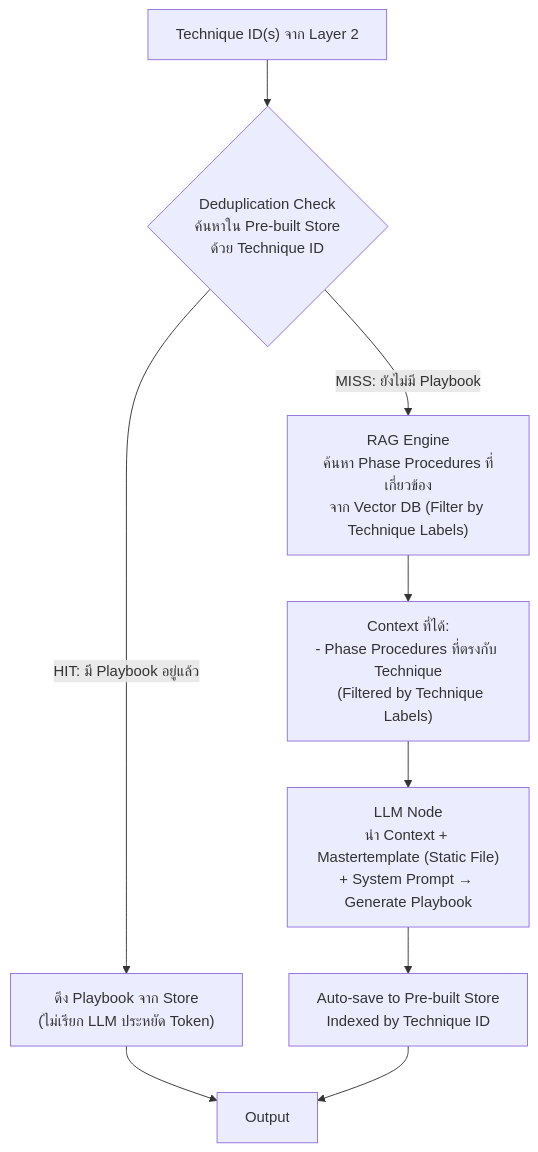
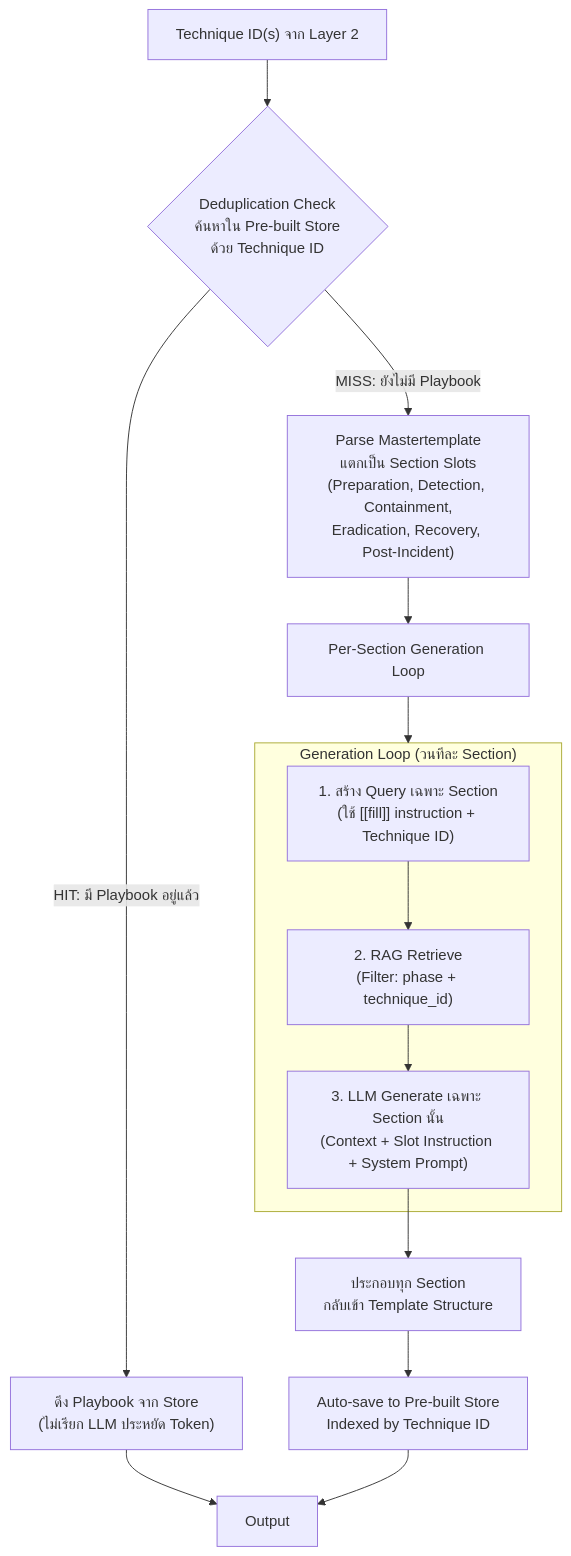
Before and after one commit to Chaithawatcer/omnissiah-playbook-workflow: the fourth of 10 diagrams in architecture.md, drawn with Mermaid. The commit also changed other lines of this file, not shown here.

Commit message:
Major architecture overhaul: Per-Section Generation Loop, Slot Architecture, Metadata-filtered RAG, Development Roadmap

````diff
--- a/architecture.md
+++ b/architecture.md
@@ -72,15 +87,25 @@
 ```mermaid
 graph TD
     tid["Technique ID(s) จาก Layer 2"]
 
     tid --> dedup{"Deduplication Check\nค้นหาใน Pre-built Store\nด้วย Technique ID"}
 
     dedup -- "HIT: มี Playbook อยู่แล้ว" --> fetch["ดึง Playbook จาก Store\n(ไม่เรียก LLM ประหยัด Token)"]
     fetch --> out["Output"]
 
-    dedup -- "MISS: ยังไม่มี Playbook" --> rag["RAG Engine\nค้นหา Phase Procedures ที่เกี่ยวข้อง\nจาก Vector DB (Filter by Technique Labels)"]
-    rag --> ctx["Context ที่ได้:\n- Phase Procedures ที่ตรงกับ Technique\n  (Filtered by Technique Labels)"]
-    ctx --> llm["LLM Node\nนำ Context + Mastertemplate (Static File)\n+ System Prompt → Generate Playbook"]
-    llm --> save["Auto-save to Pre-built Store\nIndexed by Technique ID"]
+    dedup -- "MISS: ยังไม่มี Playbook" --> parse["Parse Mastertemplate\nแตกเป็น Section Slots\n(Preparation, Detection, Containment,\nEradication, Recovery, Post-Incident)"]
+
+    parse --> loop["Per-Section Generation Loop"]
+
+    subgraph loop_detail ["Generation Loop (วนทีละ Section)"]
+        q["1. สร้าง Query เฉพาะ Section\n(ใช้ [[fill]] instruction + Technique ID)"]
+        r["2. RAG Retrieve\n(Filter: phase + technique_id)"]
+        g["3. LLM Generate เฉพาะ Section นั้น\n(Context + Slot Instruction + System Prompt)"]
+        q --> r --> g
+    end
+
+    loop --> loop_detail
+    g --> assemble["ประกอบทุก Section\nกลับเข้า Template Structure"]
+    assemble --> save["Auto-save to Pre-built Store\nIndexed by Technique ID"]
     save --> out
 ```
````
